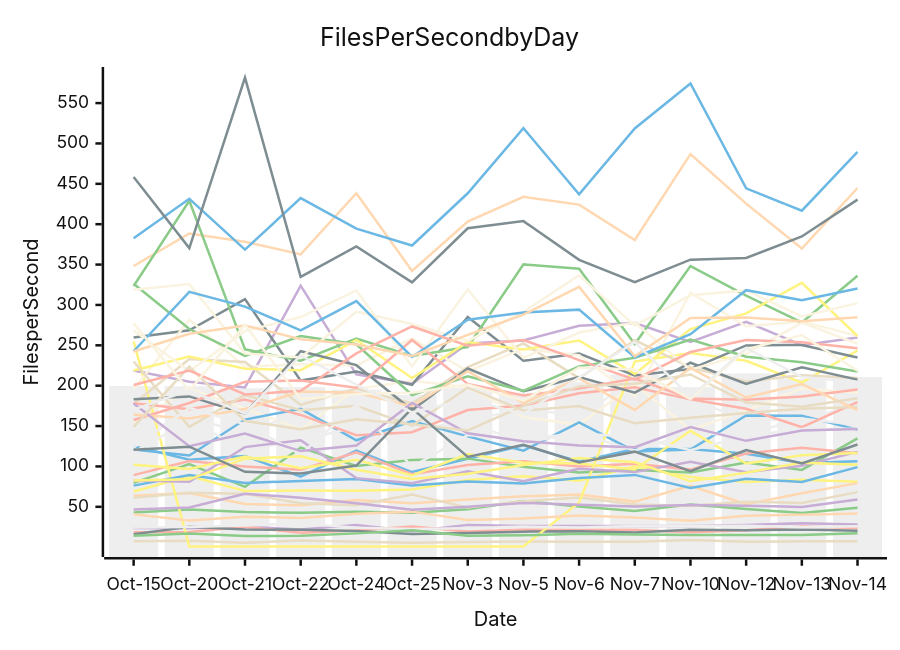
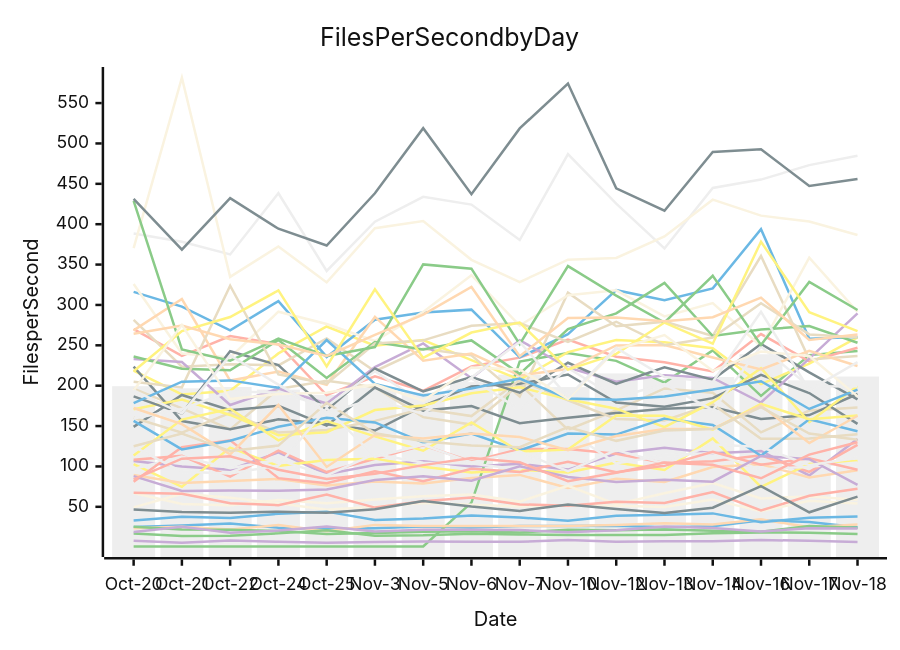
One commit to streetsidesoftware/cspell changed the diagram in perf-report.md. Above: the diagram before and after it, drawn with Mermaid (neutral theme). The commit also changed other lines of this file and 2 other files, not shown here.

````diff
--- a/perf-report.md
+++ b/perf-report.md
@@ -11,57 +11,57 @@
 ```mermaid
 xychart-beta
     title Files Per Second by Day
     y-axis Files per Second
-    x-axis Date [Oct-15, Oct-20, Oct-21, Oct-22, Oct-24, Oct-25, Nov-3, Nov-5, Nov-6, Nov-7, Nov-10, Nov-12, Nov-13, Nov-14]
-    bar [199.65, 199.37, 196.79, 198.31, 195.08, 188.50, 197.53, 191.30, 204.37, 213.67, 198.26, 215.23, 208.25, 210.82]
-    line [125.12, 108.27, 113.06, 87.44, 119.66, 93.04, 109.58, 126.12, 106.10, 121.67, 121.71, 115.58, 104.23, 106.50]
-    line [43.09, 46.53, 43.54, 42.59, 43.99, 42.66, 46.86, 57.12, 50.26, 44.96, 52.89, 47.17, 42.40, 48.87]
-    line [23.71, 23.43, 25.33, 21.92, 27.33, 19.75, 27.62, 26.37, 26.13, 26.22, 26.38, 27.41, 29.67, 28.01]
-    line [7.26, 7.96, 5.55, 8.36, 6.66, 5.63, 6.55, 6.95, 6.80, 6.70, 8.74, 6.68, 7.36, 7.28]
-    line [18.63, 18.81, 25.32, 17.74, 20.58, 25.51, 19.46, 21.60, 21.45, 21.30, 18.35, 21.09, 25.51, 23.62]
-    line [69.05, 88.06, 69.61, 70.25, 69.88, 71.42, 83.10, 87.87, 82.40, 100.31, 86.94, 80.60, 83.49, 81.08]
-    line [16.04, 25.16, 22.03, 21.51, 20.05, 16.33, 17.58, 19.22, 19.85, 18.09, 21.66, 21.06, 21.89, 20.40]
-    line [63.75, 67.15, 53.54, 51.87, 58.31, 54.40, 59.05, 63.00, 65.34, 56.44, 75.90, 53.22, 66.88, 79.34]
-    line [155.07, 196.36, 171.90, 145.85, 195.93, 206.22, 198.17, 161.08, 151.81, 202.09, 145.44, 169.46, 196.60, 191.20]
-    line [141.67, 160.22, 141.81, 166.38, 141.94, 145.19, 156.42, 171.45, 162.38, 206.93, 182.01, 158.84, 156.97, 177.01]
-    line [121.12, 113.50, 158.05, 171.36, 132.38, 156.15, 137.28, 119.47, 154.44, 118.56, 120.82, 163.18, 162.73, 145.60]
-    line [79.59, 103.01, 74.73, 123.30, 100.60, 107.93, 109.66, 99.65, 92.58, 95.73, 92.52, 104.99, 95.65, 134.65]
-    line [218.85, 204.99, 197.92, 323.88, 213.93, 202.52, 252.23, 256.11, 274.23, 277.54, 254.29, 279.19, 250.20, 259.75]
-    line [61.33, 67.41, 66.13, 54.31, 52.03, 65.25, 49.02, 56.78, 61.66, 53.00, 51.36, 56.25, 54.79, 68.17]
-    line [89.22, 106.77, 99.95, 95.97, 117.43, 90.38, 101.68, 106.46, 99.98, 103.28, 96.07, 116.03, 123.18, 116.39]
-    line [254.89, 1.00, 1.00, 1.00, 1.00, 1.00, 1.00, 1.00, 55.24, 229.88, 240.51, 230.78, 203.89, 243.63]
-    line [259.65, 268.53, 307.28, 206.33, 217.49, 201.10, 285.18, 230.89, 239.86, 212.69, 220.64, 249.81, 250.50, 234.95]
-    line [348.28, 388.55, 378.31, 362.57, 438.35, 342.13, 403.12, 433.88, 424.28, 380.40, 486.76, 425.45, 369.94, 444.86]
-    line [195.94, 281.48, 223.48, 226.53, 225.12, 258.41, 217.89, 245.63, 237.62, 186.76, 315.24, 273.68, 279.33, 261.66]
-    line [117.74, 156.35, 121.08, 131.79, 149.18, 160.21, 154.52, 129.77, 140.65, 119.71, 140.68, 139.42, 159.42, 151.36]
-    line [76.22, 89.41, 79.60, 82.04, 84.51, 76.34, 81.22, 78.86, 85.82, 89.51, 73.32, 84.82, 80.81, 99.19]
-    line [323.42, 429.01, 245.01, 230.93, 258.25, 236.94, 247.84, 350.22, 344.89, 251.52, 348.16, 311.63, 278.27, 336.11]
-    line [82.69, 80.94, 123.93, 132.34, 85.53, 79.17, 93.87, 81.75, 97.21, 92.97, 105.80, 92.86, 100.80, 118.00]
-    line [177.43, 233.06, 229.37, 176.10, 196.37, 177.90, 223.12, 252.36, 209.33, 256.35, 222.55, 205.03, 213.07, 209.57]
-    line [178.30, 170.91, 182.97, 163.77, 138.75, 142.39, 169.82, 175.50, 190.52, 198.14, 183.09, 171.50, 148.66, 179.60]
-    line [218.73, 236.08, 220.88, 219.16, 256.62, 209.53, 254.06, 244.83, 256.05, 214.61, 270.08, 289.61, 327.30, 261.54]
-    line [183.07, 186.73, 165.39, 242.72, 225.43, 169.80, 221.29, 193.06, 210.68, 191.30, 228.42, 202.21, 222.67, 207.51]
-    line [40.77, 33.11, 37.81, 36.24, 41.43, 44.03, 33.69, 35.67, 39.33, 36.78, 32.79, 39.05, 40.14, 41.86]
-    line [268.24, 217.93, 267.67, 285.04, 317.95, 223.78, 319.42, 234.42, 265.85, 278.09, 219.92, 239.43, 278.17, 251.99]
-    line [24.25, 24.95, 26.96, 29.32, 24.14, 22.37, 23.30, 25.53, 24.38, 26.29, 26.08, 26.42, 24.81, 25.86]
-    line [382.49, 431.43, 368.45, 432.30, 394.44, 373.62, 438.31, 518.91, 437.11, 518.64, 574.29, 444.36, 416.74, 489.48]
-    line [326.19, 270.15, 236.87, 261.40, 251.33, 188.47, 211.71, 193.66, 223.97, 234.72, 257.12, 235.87, 229.04, 217.57]
-    line [46.67, 49.27, 66.25, 61.14, 54.40, 46.46, 50.11, 54.79, 52.56, 50.32, 52.20, 51.35, 49.71, 59.15]
-    line [229.89, 148.98, 188.53, 169.56, 175.04, 150.51, 197.71, 169.15, 174.81, 153.55, 160.37, 166.32, 171.57, 173.57]
-    line [157.56, 178.54, 204.92, 206.57, 197.43, 256.60, 202.25, 187.81, 196.52, 208.74, 184.16, 182.55, 186.64, 195.17]
-    line [102.09, 96.85, 112.31, 97.68, 108.35, 88.82, 115.43, 104.61, 103.62, 96.31, 144.08, 103.66, 113.77, 116.66]
-    line [458.46, 370.45, 581.53, 334.74, 372.46, 327.93, 394.96, 403.82, 355.89, 328.31, 356.02, 358.21, 384.78, 430.42]
-    line [164.40, 159.49, 171.10, 192.78, 191.37, 174.29, 217.96, 178.42, 209.10, 170.02, 221.91, 185.33, 201.98, 169.69]
-    line [318.79, 326.00, 239.93, 235.04, 291.68, 276.40, 255.29, 291.36, 336.81, 274.44, 312.01, 318.04, 285.73, 302.25]
-    line [123.48, 172.40, 152.34, 114.90, 176.25, 99.39, 139.03, 134.52, 140.79, 136.42, 120.17, 137.59, 146.37, 146.54]
-    line [242.67, 316.16, 297.94, 268.60, 304.78, 235.63, 281.78, 290.77, 294.19, 235.16, 263.73, 318.29, 305.89, 320.49]
-    line [14.11, 17.05, 13.85, 14.03, 17.10, 21.05, 14.31, 14.75, 16.57, 15.81, 15.06, 15.24, 15.00, 17.22]
-    line [177.89, 125.02, 140.68, 119.01, 125.81, 178.69, 141.07, 131.24, 125.88, 123.88, 148.80, 131.70, 144.48, 146.46]
-    line [149.10, 223.58, 156.27, 146.04, 158.31, 152.20, 144.51, 175.00, 199.16, 202.30, 213.91, 179.15, 174.06, 184.56]
-    line [200.81, 218.77, 189.13, 193.68, 239.98, 273.35, 249.43, 256.58, 231.73, 207.54, 241.66, 256.57, 253.87, 246.51]
-    line [82.72, 84.05, 109.59, 112.56, 95.92, 84.60, 91.01, 101.64, 110.52, 105.15, 81.62, 92.24, 104.72, 102.11]
-    line [120.60, 124.47, 93.34, 91.16, 101.08, 171.93, 111.86, 126.91, 104.86, 118.31, 94.15, 120.34, 103.60, 127.14]
-    line [242.38, 264.24, 274.64, 257.62, 251.09, 236.85, 262.94, 287.92, 322.31, 236.45, 283.86, 284.35, 279.96, 284.82]
-    line [277.21, 193.99, 275.35, 183.43, 189.64, 191.38, 201.59, 181.36, 222.61, 220.01, 183.65, 245.06, 262.64, 218.43]
-    line [170.29, 194.31, 165.66, 237.49, 201.27, 167.00, 183.56, 164.82, 210.07, 254.11, 186.18, 246.80, 210.80, 204.64]
+    x-axis Date [Oct-20, Oct-21, Oct-22, Oct-24, Oct-25, Nov-3, Nov-5, Nov-6, Nov-7, Nov-10, Nov-12, Nov-13, Nov-14, Nov-16, Nov-17, Nov-18]
+    bar [199.37, 196.79, 198.31, 195.08, 188.50, 197.53, 191.30, 204.37, 213.67, 198.26, 215.23, 208.25, 210.82, 238.97, 206.65, 211.33]
+    line [24.95, 26.96, 29.32, 24.14, 22.37, 23.30, 25.53, 24.38, 26.29, 26.08, 26.42, 24.81, 25.86, 33.28, 31.19, 24.66]
+    line [1.00, 1.00, 1.00, 1.00, 1.00, 1.00, 1.00, 55.24, 229.88, 240.51, 230.78, 203.89, 243.63, 187.42, 237.86, 242.98]
+    line [7.96, 5.55, 8.36, 6.66, 5.63, 6.55, 6.95, 6.80, 6.70, 8.74, 6.68, 7.36, 7.28, 8.89, 7.86, 6.51]
+    line [196.36, 171.90, 145.85, 195.93, 206.22, 198.17, 161.08, 151.81, 202.09, 145.44, 169.46, 196.60, 191.20, 142.18, 169.19, 172.88]
+    line [270.15, 236.87, 261.40, 251.33, 188.47, 211.71, 193.66, 223.97, 234.72, 257.12, 235.87, 229.04, 217.57, 263.96, 230.17, 246.92]
+    line [218.77, 189.13, 193.68, 239.98, 273.35, 249.43, 256.58, 231.73, 207.54, 241.66, 256.57, 253.87, 246.51, 201.92, 227.28, 259.77]
+    line [148.98, 188.53, 169.56, 175.04, 150.51, 197.71, 169.15, 174.81, 153.55, 160.37, 166.32, 171.57, 173.57, 158.65, 163.60, 189.69]
+    line [23.43, 25.33, 21.92, 27.33, 19.75, 27.62, 26.37, 26.13, 26.22, 26.38, 27.41, 29.67, 28.01, 34.46, 24.62, 28.17]
+    line [49.27, 66.25, 61.14, 54.40, 46.46, 50.11, 54.79, 52.56, 50.32, 52.20, 51.35, 49.71, 59.15, 44.39, 57.39, 53.95]
+    line [388.55, 378.31, 362.57, 438.35, 342.13, 403.12, 433.88, 424.28, 380.40, 486.76, 425.45, 369.94, 444.86, 455.23, 473.19, 484.66]
+    line [316.16, 297.94, 268.60, 304.78, 235.63, 281.78, 290.77, 294.19, 235.16, 263.73, 318.29, 305.89, 320.49, 393.89, 258.23, 260.23]
+    line [25.16, 22.03, 21.51, 20.05, 16.33, 17.58, 19.22, 19.85, 18.09, 21.66, 21.06, 21.89, 20.40, 19.08, 26.32, 24.21]
+    line [106.77, 99.95, 95.97, 117.43, 90.38, 101.68, 106.46, 99.98, 103.28, 96.07, 116.03, 123.18, 116.39, 119.25, 88.82, 133.98]
+    line [281.48, 223.48, 226.53, 225.12, 258.41, 217.89, 245.63, 237.62, 186.76, 315.24, 273.68, 279.33, 261.66, 360.61, 232.56, 236.84]
+    line [108.27, 113.06, 87.44, 119.66, 93.04, 109.58, 126.12, 106.10, 121.67, 121.71, 115.58, 104.23, 106.50, 113.74, 93.16, 126.73]
+    line [103.01, 74.73, 123.30, 100.60, 107.93, 109.66, 99.65, 92.58, 95.73, 92.52, 104.99, 95.65, 134.65, 74.54, 103.19, 106.81]
+    line [223.58, 156.27, 146.04, 158.31, 152.20, 144.51, 175.00, 199.16, 202.30, 213.91, 179.15, 174.06, 184.56, 213.36, 190.95, 152.67]
+    line [89.41, 79.60, 82.04, 84.51, 76.34, 81.22, 78.86, 85.82, 89.51, 73.32, 84.82, 80.81, 99.19, 102.74, 86.40, 95.15]
+    line [326.00, 239.93, 235.04, 291.68, 276.40, 255.29, 291.36, 336.81, 274.44, 312.01, 318.04, 285.73, 302.25, 248.86, 358.68, 291.38]
+    line [96.85, 112.31, 97.68, 108.35, 88.82, 115.43, 104.61, 103.62, 96.31, 144.08, 103.66, 113.77, 116.66, 96.10, 99.72, 104.73]
+    line [33.11, 37.81, 36.24, 41.43, 44.03, 33.69, 35.67, 39.33, 36.78, 32.79, 39.05, 40.14, 41.86, 31.03, 36.52, 37.88]
+    line [17.05, 13.85, 14.03, 17.10, 21.05, 14.31, 14.75, 16.57, 15.81, 15.06, 15.24, 15.00, 17.22, 18.21, 17.91, 16.28]
+    line [233.06, 229.37, 176.10, 196.37, 177.90, 223.12, 252.36, 209.33, 256.35, 222.55, 205.03, 213.07, 209.57, 179.17, 233.46, 289.53]
+    line [160.22, 141.81, 166.38, 141.94, 145.19, 156.42, 171.45, 162.38, 206.93, 182.01, 158.84, 156.97, 177.01, 134.15, 134.60, 139.85]
+    line [80.94, 123.93, 132.34, 85.53, 79.17, 93.87, 81.75, 97.21, 92.97, 105.80, 92.86, 100.80, 118.00, 101.99, 110.02, 95.84]
+    line [170.91, 182.97, 163.77, 138.75, 142.39, 169.82, 175.50, 190.52, 198.14, 183.09, 171.50, 148.66, 179.60, 221.70, 154.91, 199.48]
+    line [186.73, 165.39, 242.72, 225.43, 169.80, 221.29, 193.06, 210.68, 191.30, 228.42, 202.21, 222.67, 207.51, 251.74, 216.50, 183.14]
+    line [268.53, 307.28, 206.33, 217.49, 201.10, 285.18, 230.89, 239.86, 212.69, 220.64, 249.81, 250.50, 234.95, 220.08, 243.07, 224.41]
+    line [67.15, 53.54, 51.87, 58.31, 54.40, 59.05, 63.00, 65.34, 56.44, 75.90, 53.22, 66.88, 79.34, 60.36, 62.89, 58.77]
+    line [159.49, 171.10, 192.78, 191.37, 174.29, 217.96, 178.42, 209.10, 170.02, 221.91, 185.33, 201.98, 169.69, 248.53, 198.86, 199.32]
+    line [156.35, 121.08, 131.79, 149.18, 160.21, 154.52, 129.77, 140.65, 119.71, 140.68, 139.42, 159.42, 151.36, 113.27, 158.34, 143.60]
+    line [236.08, 220.88, 219.16, 256.62, 209.53, 254.06, 244.83, 256.05, 214.61, 270.08, 289.61, 327.30, 261.54, 269.45, 273.83, 253.22]
+    line [88.06, 69.61, 70.25, 69.88, 71.42, 83.10, 87.87, 82.40, 100.31, 86.94, 80.60, 83.49, 81.08, 112.95, 109.00, 77.04]
+    line [204.99, 197.92, 323.88, 213.93, 202.52, 252.23, 256.11, 274.23, 277.54, 254.29, 279.19, 250.20, 259.75, 302.13, 263.51, 259.96]
+    line [67.41, 66.13, 54.31, 52.03, 65.25, 49.02, 56.78, 61.66, 53.00, 51.36, 56.25, 54.79, 68.17, 45.48, 63.62, 72.43]
+    line [113.50, 158.05, 171.36, 132.38, 156.15, 137.28, 119.47, 154.44, 118.56, 120.82, 163.18, 162.73, 145.60, 177.40, 158.43, 163.20]
+    line [46.53, 43.54, 42.59, 43.99, 42.66, 46.86, 57.12, 50.26, 44.96, 52.89, 47.17, 42.40, 48.87, 75.68, 43.23, 62.62]
+    line [172.40, 152.34, 114.90, 176.25, 99.39, 139.03, 134.52, 140.79, 136.42, 120.17, 137.59, 146.37, 146.54, 175.32, 128.97, 162.81]
+    line [370.45, 581.53, 334.74, 372.46, 327.93, 394.96, 403.82, 355.89, 328.31, 356.02, 358.21, 384.78, 430.42, 410.61, 403.44, 386.53]
+    line [124.47, 93.34, 91.16, 101.08, 171.93, 111.86, 126.91, 104.86, 118.31, 94.15, 120.34, 103.60, 127.14, 124.11, 101.43, 110.79]
+    line [178.54, 204.92, 206.57, 197.43, 256.60, 202.25, 187.81, 196.52, 208.74, 184.16, 182.55, 186.64, 195.17, 205.52, 171.16, 195.23]
+    line [429.01, 245.01, 230.93, 258.25, 236.94, 247.84, 350.22, 344.89, 251.52, 348.16, 311.63, 278.27, 336.11, 250.48, 328.56, 293.72]
+    line [18.81, 25.32, 17.74, 20.58, 25.51, 19.46, 21.60, 21.45, 21.30, 18.35, 21.09, 25.51, 23.62, 19.35, 23.58, 23.27]
+    line [125.02, 140.68, 119.01, 125.81, 178.69, 141.07, 131.24, 125.88, 123.88, 148.80, 131.70, 144.48, 146.46, 173.42, 140.77, 133.06]
+    line [84.05, 109.59, 112.56, 95.92, 84.60, 91.01, 101.64, 110.52, 105.15, 81.62, 92.24, 104.72, 102.11, 85.32, 114.70, 130.06]
+    line [217.93, 267.67, 285.04, 317.95, 223.78, 319.42, 234.42, 265.85, 278.09, 219.92, 239.43, 278.17, 251.99, 378.34, 291.11, 267.63]
+    line [431.43, 368.45, 432.30, 394.44, 373.62, 438.31, 518.91, 437.11, 518.64, 574.29, 444.36, 416.74, 489.48, 492.83, 447.31, 455.97]
+    line [264.24, 274.64, 257.62, 251.09, 236.85, 262.94, 287.92, 322.31, 236.45, 283.86, 284.35, 279.96, 284.82, 309.10, 256.69, 263.46]
+    line [193.99, 275.35, 183.43, 189.64, 191.38, 201.59, 181.36, 222.61, 220.01, 183.65, 245.06, 262.64, 218.43, 242.38, 236.75, 186.81]
+    line [194.31, 165.66, 237.49, 201.27, 167.00, 183.56, 164.82, 210.07, 254.11, 186.18, 246.80, 210.80, 204.64, 291.50, 194.63, 229.14]
 ```
````
